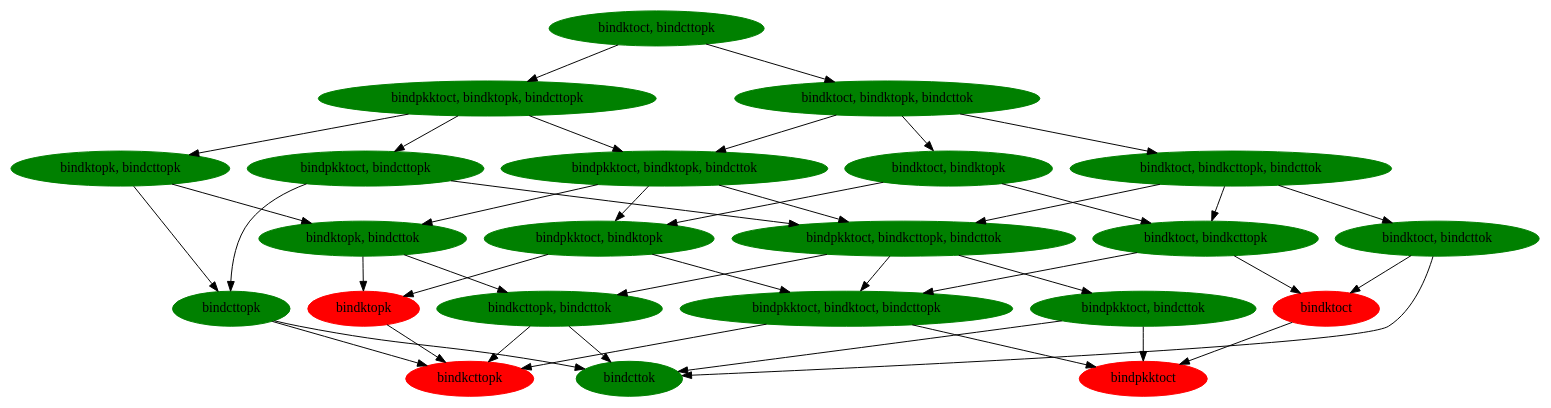
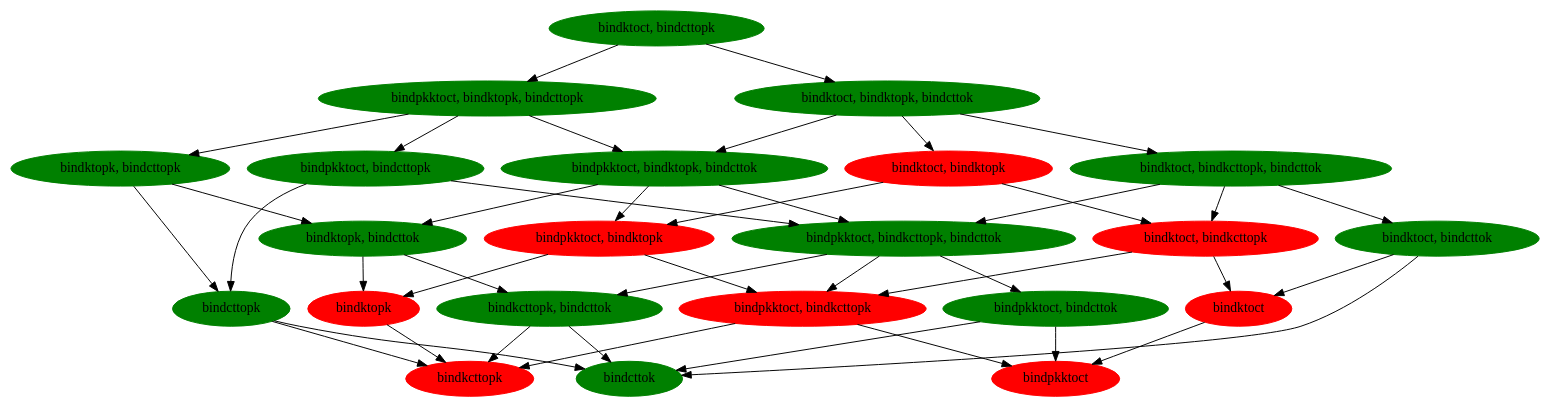
Before and after one commit to SymbolicKEMs/CaseStudiesKEM: the diagram in Sigma_Zero/Sigma_Zero_SK_Authentication_HON.gv, drawn with Graphviz. The commit also changed 5 other files, not shown here.

Commit message:
Update Sigma Zero pdfs and gvs

```diff
--- a/Sigma_Zero/Sigma_Zero_SK_Authentication_HON.gv
+++ b/Sigma_Zero/Sigma_Zero_SK_Authentication_HON.gv
@@ -1,88 +1,88 @@
-// Sigma_Zero/Sigma.spthy_SK_Authentication_1713179912.455199
+// Sigma_Zero/Sigma.spthy_SK_Authentication_1713772782.804352
 digraph {
 	node [color=green style=filled]
 	"bindktoct, bindcttopk" [label="bindktoct, bindcttopk"]
 	node [color=green style=filled]
 	"bindpkktoct, bindktopk, bindcttopk" [label="bindpkktoct, bindktopk, bindcttopk"]
 	node [color=green style=filled]
 	"bindktoct, bindktopk, bindcttok" [label="bindktoct, bindktopk, bindcttok"]
 	node [color=green style=filled]
 	"bindktopk, bindcttopk" [label="bindktopk, bindcttopk"]
 	node [color=green style=filled]
 	"bindpkktoct, bindcttopk" [label="bindpkktoct, bindcttopk"]
 	node [color=green style=filled]
 	"bindpkktoct, bindktopk, bindcttok" [label="bindpkktoct, bindktopk, bindcttok"]
-	node [color=green style=filled]
+	node [color=red style=filled]
 	"bindktoct, bindktopk" [label="bindktoct, bindktopk"]
 	node [color=green style=filled]
 	"bindktoct, bindkcttopk, bindcttok" [label="bindktoct, bindkcttopk, bindcttok"]
 	node [color=green style=filled]
 	bindcttopk [label=bindcttopk]
 	node [color=green style=filled]
 	"bindktopk, bindcttok" [label="bindktopk, bindcttok"]
 	node [color=green style=filled]
 	"bindpkktoct, bindkcttopk, bindcttok" [label="bindpkktoct, bindkcttopk, bindcttok"]
-	node [color=green style=filled]
+	node [color=red style=filled]
 	"bindpkktoct, bindktopk" [label="bindpkktoct, bindktopk"]
-	node [color=green style=filled]
+	node [color=red style=filled]
 	"bindktoct, bindkcttopk" [label="bindktoct, bindkcttopk"]
 	node [color=green style=filled]
 	"bindktoct, bindcttok" [label="bindktoct, bindcttok"]
 	node [color=green style=filled]
 	"bindkcttopk, bindcttok" [label="bindkcttopk, bindcttok"]
-	node [color=green style=filled]
-	"bindpkktoct, bindktoct, bindcttopk" [label="bindpkktoct, bindktoct, bindcttopk"]
+	node [color=red style=filled]
+	"bindpkktoct, bindkcttopk" [label="bindpkktoct, bindkcttopk"]
 	node [color=green style=filled]
 	"bindpkktoct, bindcttok" [label="bindpkktoct, bindcttok"]
 	node [color=red style=filled]
 	bindktoct [label=bindktoct]
 	node [color=red style=filled]
 	bindkcttopk [label=bindkcttopk]
 	node [color=green style=filled]
 	bindcttok [label=bindcttok]
 	node [color=red style=filled]
 	bindktopk [label=bindktopk]
 	node [color=red style=filled]
 	bindpkktoct [label=bindpkktoct]
 	"bindktoct, bindcttopk" -> "bindpkktoct, bindktopk, bindcttopk"
 	"bindktoct, bindcttopk" -> "bindktoct, bindktopk, bindcttok"
 	"bindpkktoct, bindktopk, bindcttopk" -> "bindktopk, bindcttopk"
 	"bindpkktoct, bindktopk, bindcttopk" -> "bindpkktoct, bindcttopk"
 	"bindpkktoct, bindktopk, bindcttopk" -> "bindpkktoct, bindktopk, bindcttok"
 	"bindktoct, bindktopk, bindcttok" -> "bindpkktoct, bindktopk, bindcttok"
 	"bindktoct, bindktopk, bindcttok" -> "bindktoct, bindktopk"
 	"bindktoct, bindktopk, bindcttok" -> "bindktoct, bindkcttopk, bindcttok"
 	"bindktopk, bindcttopk" -> bindcttopk
 	"bindktopk, bindcttopk" -> "bindktopk, bindcttok"
 	"bindpkktoct, bindcttopk" -> bindcttopk
 	"bindpkktoct, bindcttopk" -> "bindpkktoct, bindkcttopk, bindcttok"
 	"bindpkktoct, bindktopk, bindcttok" -> "bindktopk, bindcttok"
 	"bindpkktoct, bindktopk, bindcttok" -> "bindpkktoct, bindkcttopk, bindcttok"
 	"bindpkktoct, bindktopk, bindcttok" -> "bindpkktoct, bindktopk"
 	"bindktoct, bindktopk" -> "bindpkktoct, bindktopk"
 	"bindktoct, bindktopk" -> "bindktoct, bindkcttopk"
 	"bindktoct, bindkcttopk, bindcttok" -> "bindktoct, bindcttok"
 	"bindktoct, bindkcttopk, bindcttok" -> "bindktoct, bindkcttopk"
 	"bindktoct, bindkcttopk, bindcttok" -> "bindpkktoct, bindkcttopk, bindcttok"
 	bindcttopk -> bindkcttopk
 	bindcttopk -> bindcttok
 	"bindktopk, bindcttok" -> "bindkcttopk, bindcttok"
 	"bindktopk, bindcttok" -> bindktopk
 	"bindpkktoct, bindkcttopk, bindcttok" -> "bindkcttopk, bindcttok"
-	"bindpkktoct, bindkcttopk, bindcttok" -> "bindpkktoct, bindktoct, bindcttopk"
+	"bindpkktoct, bindkcttopk, bindcttok" -> "bindpkktoct, bindkcttopk"
 	"bindpkktoct, bindkcttopk, bindcttok" -> "bindpkktoct, bindcttok"
-	"bindpkktoct, bindktopk" -> "bindpkktoct, bindktoct, bindcttopk"
+	"bindpkktoct, bindktopk" -> "bindpkktoct, bindkcttopk"
 	"bindpkktoct, bindktopk" -> bindktopk
-	"bindktoct, bindkcttopk" -> "bindpkktoct, bindktoct, bindcttopk"
+	"bindktoct, bindkcttopk" -> "bindpkktoct, bindkcttopk"
 	"bindktoct, bindkcttopk" -> bindktoct
 	"bindktoct, bindcttok" -> bindktoct
 	"bindktoct, bindcttok" -> bindcttok
 	"bindkcttopk, bindcttok" -> bindkcttopk
 	"bindkcttopk, bindcttok" -> bindcttok
-	"bindpkktoct, bindktoct, bindcttopk" -> bindkcttopk
-	"bindpkktoct, bindktoct, bindcttopk" -> bindpkktoct
+	"bindpkktoct, bindkcttopk" -> bindkcttopk
+	"bindpkktoct, bindkcttopk" -> bindpkktoct
 	"bindpkktoct, bindcttok" -> bindcttok
 	"bindpkktoct, bindcttok" -> bindpkktoct
 	bindktoct -> bindpkktoct
 	bindktopk -> bindkcttopk
 }
```
